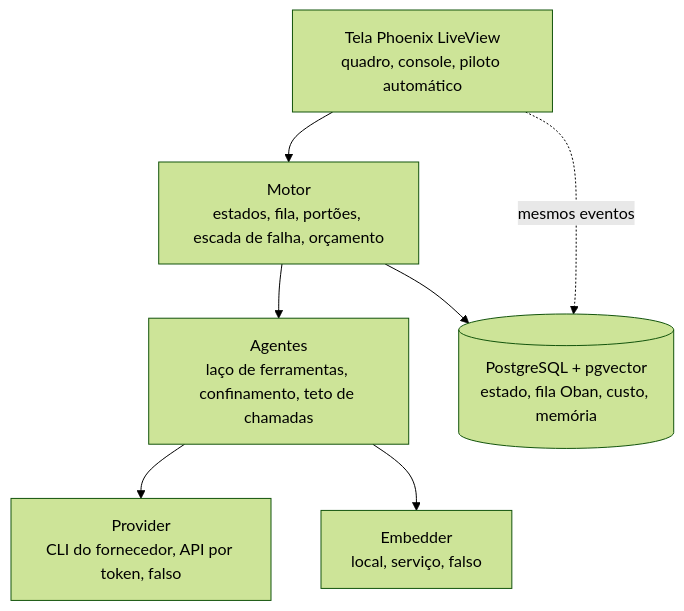
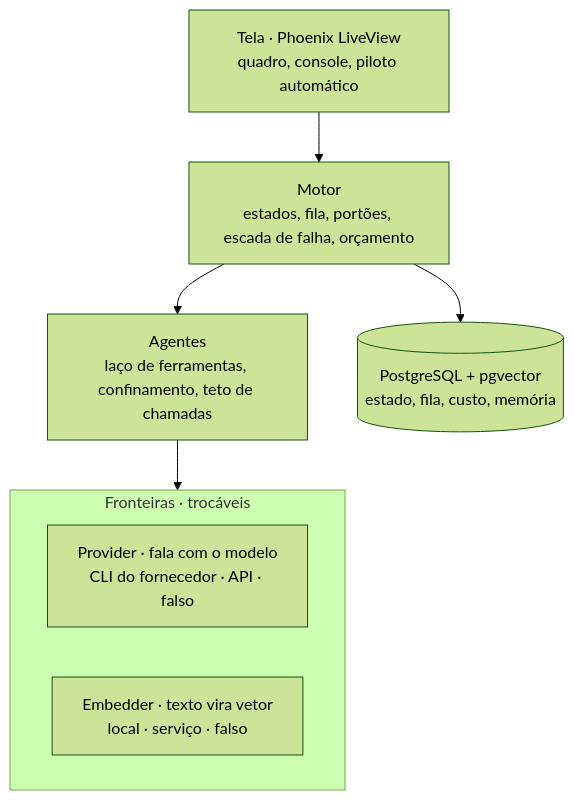
One commit to enzoconsulo/Generic-Multi-Agents changed the fifth of 9 diagrams in apresentacao-orientador/roteiros-de-estudo/fonte/E1.md. Above: the diagram before and after it, drawn with Mermaid (forest theme). The commit also changed other lines of this file and 13 other files, not shown here.

````diff
--- a/apresentacao-orientador/roteiros-de-estudo/fonte/E1.md
+++ b/apresentacao-orientador/roteiros-de-estudo/fonte/E1.md
@@ -74,14 +174,14 @@
 ```mermaid
 flowchart TB
-    UI["Tela Phoenix LiveView<br/>quadro, console, piloto automático"]
+    UI["Tela · Phoenix LiveView<br/>quadro, console, piloto automático"]
     ENG["Motor<br/>estados, fila, portões, escada de falha, orçamento"]
     AG["Agentes<br/>laço de ferramentas, confinamento, teto de chamadas"]
-    P["Provider<br/>CLI do fornecedor, API por token, falso"]
-    E["Embedder<br/>local, serviço, falso"]
-    DB[("PostgreSQL + pgvector<br/>estado, fila Oban, custo, memória")]
-    UI --> ENG --> AG
-    AG --> P
-    AG --> E
+    subgraph B["Fronteiras · trocáveis"]
+        direction LR
+        P["Provider · fala com o modelo<br/>CLI do fornecedor · API · falso"]
+        E["Embedder · texto vira vetor<br/>local · serviço · falso"]
+    end
+    DB[("PostgreSQL + pgvector<br/>estado, fila, custo, memória")]
+    UI --> ENG --> AG --> B
     ENG --> DB
-    UI -. mesmos eventos .-> DB
 ```
````
